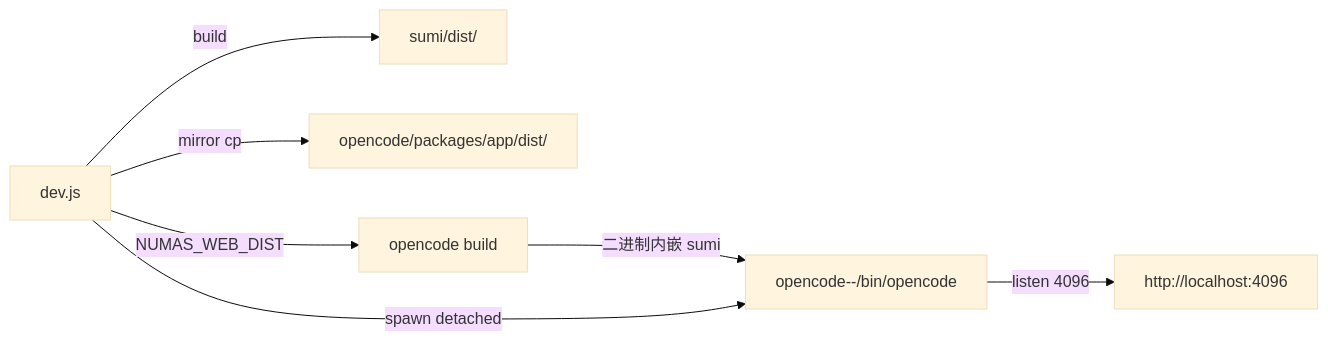
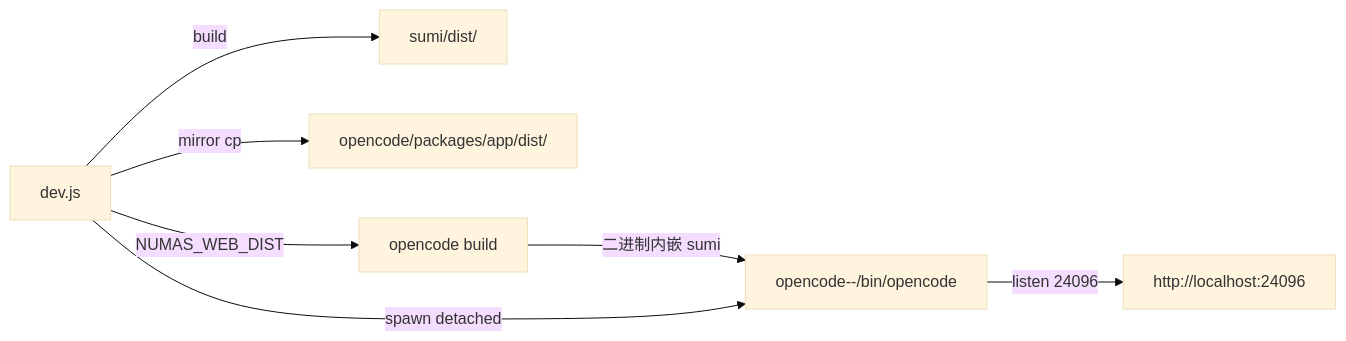
Before and after one commit to weizuxiao911/magicbook: the diagram in README.md, drawn with Mermaid (base theme). The commit also changed other lines of this file and 2 other files, not shown here.

````diff
--- a/README.md
+++ b/README.md
@@ -90,9 +90,9 @@
 ```mermaid
 graph LR
   Dev["dev.js"] -->|"build"| SumiDist["sumi/dist/"]
   Dev -->|"mirror cp"| AppDist["opencode/packages/app/dist/"]
   Dev -->|"NUMAS_WEB_DIST"| OcBuild["opencode build"]
   OcBuild -->|"二进制内嵌 sumi"| OcBin["opencode-<os>-<arch>/bin/opencode"]
   Dev -->|"spawn detached"| OcBin
-  OcBin -->|"listen 4096"| Browser["http://localhost:4096"]
+  OcBin -->|"listen 24096"| Browser["http://localhost:24096"]
 ```
````
